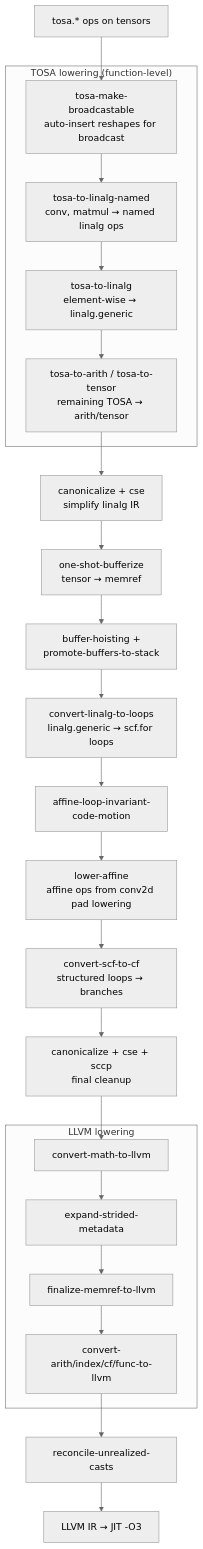
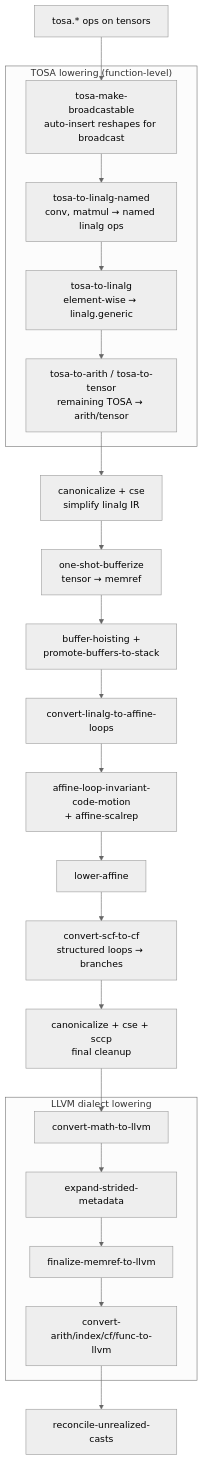
One commit to edg-l/homura changed the second of 5 diagrams in docs/design.md. Above: the diagram before and after it, drawn with Mermaid (neutral theme). The commit also changed other lines of this file and 1 other file, not shown here.

````diff
--- a/docs/design.md
+++ b/docs/design.md
@@ -92,31 +89,30 @@
 ```mermaid
 flowchart TD
     A["tosa.* ops on tensors"] --> B
 
     subgraph TOSA["TOSA lowering (function-level)"]
         B["tosa-make-broadcastable<br>auto-insert reshapes for broadcast"]
         B --> B2["tosa-to-linalg-named<br>conv, matmul → named linalg ops"]
         B2 --> B3["tosa-to-linalg<br>element-wise → linalg.generic"]
         B3 --> B4["tosa-to-arith / tosa-to-tensor<br>remaining TOSA → arith/tensor"]
     end
 
     B4 --> OPT1["canonicalize + cse<br>simplify linalg IR"]
     OPT1 --> C["one-shot-bufferize<br>tensor → memref"]
     C --> BUF["buffer-hoisting +<br>promote-buffers-to-stack"]
-    BUF --> D["convert-linalg-to-loops<br>linalg.generic → scf.for loops"]
-    D --> LICM["affine-loop-invariant-<br>code-motion"]
-    LICM --> F["lower-affine<br>affine ops from conv2d pad lowering"]
+    BUF --> D["convert-linalg-to-affine-loops"]
+    D --> LICM["affine-loop-invariant-code-motion<br>+ affine-scalrep"]
+    LICM --> F["lower-affine"]
     F --> E["convert-scf-to-cf<br>structured loops → branches"]
     E --> OPT2["canonicalize + cse + sccp<br>final cleanup"]
 
-    subgraph LLVM["LLVM lowering"]
+    subgraph LLVM_LOWER["LLVM dialect lowering"]
         G["convert-math-to-llvm"]
         G --> G2["expand-strided-metadata"]
         G2 --> G3["finalize-memref-to-llvm"]
         G3 --> G4["convert-arith/index/cf/func-to-llvm"]
     end
 
     OPT2 --> G
     G4 --> H["reconcile-unrealized-casts"]
-    H --> I["LLVM IR → JIT -O3"]
 ```
````
